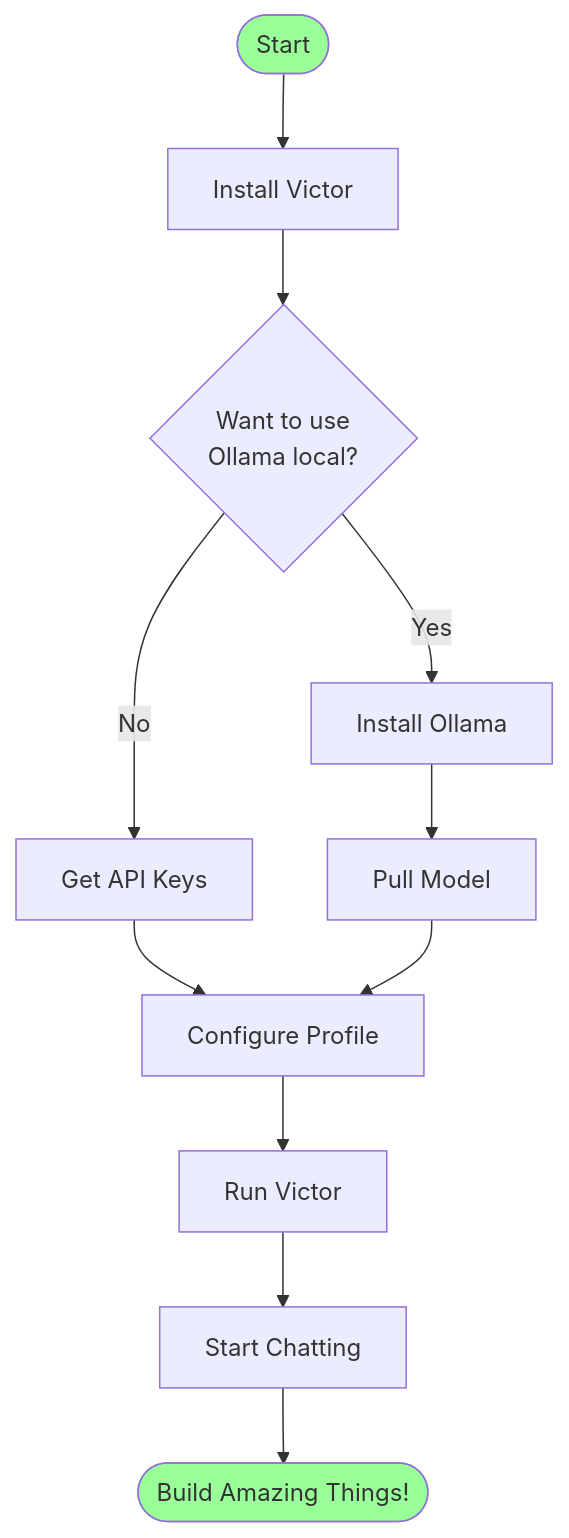
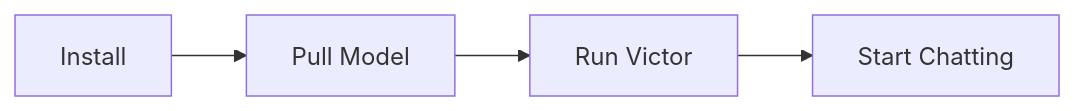
Before and after one commit to vjsingh1984/victor: the diagram in docs/USER_GUIDE.md, drawn with Mermaid. The commit also changed other lines of this file and 6 other files, not shown here.

First line of the commit message:
docs: refresh documentation with tables, diagrams, and admonitions

````diff
--- a/docs/USER_GUIDE.md
+++ b/docs/USER_GUIDE.md
@@ -23,19 +21,5 @@
 ```mermaid
-flowchart TD
-    Start([Start]) --> Install[Install Victor]
-    Install --> Ollama{Want to use<br/>Ollama local?}
-
-    Ollama -->|Yes| InstallOllama[Install Ollama]
-    Ollama -->|No| Cloud[Get API Keys]
-
-    InstallOllama --> Pull[Pull Model]
-    Cloud --> Config[Configure Profile]
-    Pull --> Config
-
-    Config --> Run[Run Victor]
-    Run --> Chat[Start Chatting]
-    Chat --> End([Build Amazing Things!])
-
-    style Start fill:#9f9
-    style End fill:#9f9
+flowchart LR
+    A[Install] --> B[Pull Model] --> C[Run Victor]
+    C --> D[Start Chatting]
 ```
````
